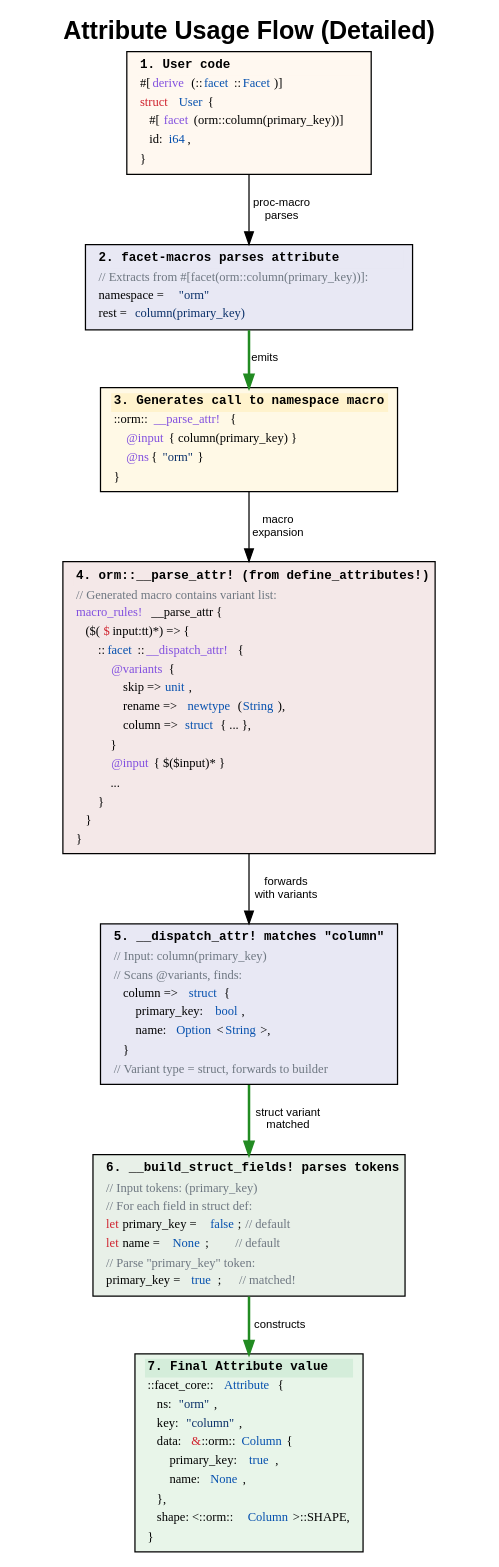
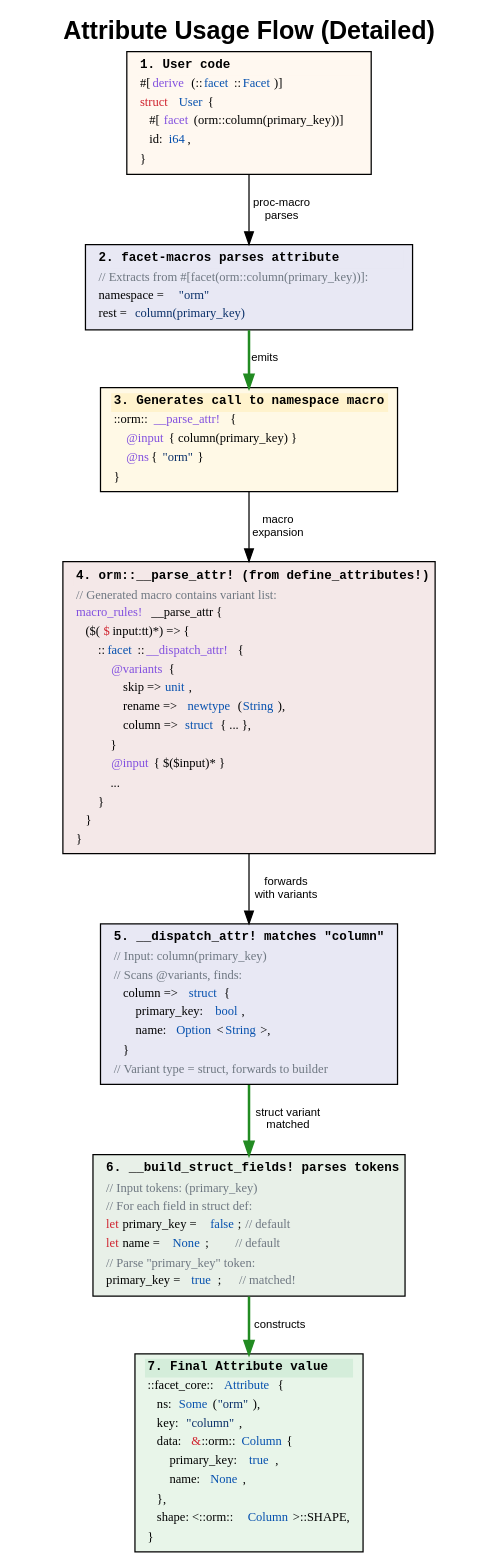
The diagram in drafts/diagrams/02-attribute-usage.dot (facet-rs/facet), drawn with Graphviz before and after one commit. The commit also changed 150 other files, not shown here.

```diff
--- a/drafts/diagrams/02-attribute-usage.dot
+++ b/drafts/diagrams/02-attribute-usage.dot
@@ -1,119 +1,119 @@
 // Attribute Usage Flow (Detailed)
 // Render: dot -Tsvg 02-attribute-usage.dot -o 02-attribute-usage.svg
 
 digraph attribute_usage {
     label="Attribute Usage Flow (Detailed)";
     labelloc="t";
     fontsize=20;
     fontname="Helvetica-Bold";
 
     node [shape=box, fontname="Monaco, Consolas, Courier", fontsize=10];
     edge [fontname="Helvetica", fontsize=9];
 
     rankdir=TB;
 
     // User code
     user_code [label=<
 <table border="0" cellspacing="0" cellpadding="2">
 <tr><td align="left" bgcolor="#fff8f0"><b>1. User code</b></td></tr>
 <tr><td align="left"><font face="Monaco">#[<font color="#8250df">derive</font>(::<font color="#0550ae">facet</font>::<font color="#0550ae">Facet</font>)]</font></td></tr>
 <tr><td align="left"><font face="Monaco"><font color="#cf222e">struct</font> <font color="#0550ae">User</font> {</font></td></tr>
 <tr><td align="left"><font face="Monaco">    #[<font color="#8250df">facet</font>(orm::column(primary_key))]</font></td></tr>
 <tr><td align="left"><font face="Monaco">    id: <font color="#0550ae">i64</font>,</font></td></tr>
 <tr><td align="left"><font face="Monaco">}</font></td></tr>
 </table>
     >, style=filled, fillcolor="#fff8f0"];
 
     // Derive macro parses and extracts
     derive_parse [label=<
 <table border="0" cellspacing="0" cellpadding="2">
 <tr><td align="left" bgcolor="#e8e8f4"><b>2. facet-macros parses attribute</b></td></tr>
 <tr><td align="left"><font face="Monaco" color="#6e7781">// Extracts from #[facet(orm::column(primary_key))]:</font></td></tr>
 <tr><td align="left"><font face="Monaco">namespace = <font color="#0a3069">"orm"</font></font></td></tr>
 <tr><td align="left"><font face="Monaco">rest = <font color="#0a3069">column(primary_key)</font></font></td></tr>
 </table>
     >, style=filled, fillcolor="#e8e8f4"];
 
     // Generated call to namespace macro
     gen_call [label=<
 <table border="0" cellspacing="0" cellpadding="2">
 <tr><td align="left" bgcolor="#fff3cd"><b>3. Generates call to namespace macro</b></td></tr>
 <tr><td align="left"><font face="Monaco">::orm::<font color="#8250df">__parse_attr!</font> {</font></td></tr>
 <tr><td align="left"><font face="Monaco">    <font color="#8250df">@input</font> { column(primary_key) }</font></td></tr>
 <tr><td align="left"><font face="Monaco">    <font color="#8250df">@ns</font> { <font color="#0a3069">"orm"</font> }</font></td></tr>
 <tr><td align="left"><font face="Monaco">}</font></td></tr>
 </table>
     >, style=filled, fillcolor="#fff9e6"];
 
     // __parse_attr! definition (in orm crate)
     parse_attr_def [label=<
 <table border="0" cellspacing="0" cellpadding="2">
 <tr><td align="left" bgcolor="#f4e8e8"><b>4. orm::__parse_attr! (from define_attributes!)</b></td></tr>
 <tr><td align="left"><font face="Monaco" color="#6e7781">// Generated macro contains variant list:</font></td></tr>
 <tr><td align="left"><font face="Monaco"><font color="#8250df">macro_rules!</font> __parse_attr {</font></td></tr>
 <tr><td align="left"><font face="Monaco">    ($(<font color="#cf222e">$</font>input:tt)*) =&gt; {</font></td></tr>
 <tr><td align="left"><font face="Monaco">        ::<font color="#0550ae">facet</font>::<font color="#8250df">__dispatch_attr!</font> {</font></td></tr>
 <tr><td align="left"><font face="Monaco">            <font color="#8250df">@variants</font> {</font></td></tr>
 <tr><td align="left"><font face="Monaco">                skip =&gt; <font color="#0550ae">unit</font>,</font></td></tr>
 <tr><td align="left"><font face="Monaco">                rename =&gt; <font color="#0550ae">newtype</font>(<font color="#0550ae">String</font>),</font></td></tr>
 <tr><td align="left"><font face="Monaco">                column =&gt; <font color="#0550ae">struct</font> { ... },</font></td></tr>
 <tr><td align="left"><font face="Monaco">            }</font></td></tr>
 <tr><td align="left"><font face="Monaco">            <font color="#8250df">@input</font> { $($input)* }</font></td></tr>
 <tr><td align="left"><font face="Monaco">            ...</font></td></tr>
 <tr><td align="left"><font face="Monaco">        }</font></td></tr>
 <tr><td align="left"><font face="Monaco">    }</font></td></tr>
 <tr><td align="left"><font face="Monaco">}</font></td></tr>
 </table>
     >, style=filled, fillcolor="#f4e8e8"];
 
     // __dispatch_attr! matches variant
     dispatch_match [label=<
 <table border="0" cellspacing="0" cellpadding="2">
 <tr><td align="left" bgcolor="#e8e8f4"><b>5. __dispatch_attr! matches "column"</b></td></tr>
 <tr><td align="left"><font face="Monaco" color="#6e7781">// Input: column(primary_key)</font></td></tr>
 <tr><td align="left"><font face="Monaco" color="#6e7781">// Scans @variants, finds:</font></td></tr>
 <tr><td align="left"><font face="Monaco">    column =&gt; <font color="#0550ae">struct</font> {</font></td></tr>
 <tr><td align="left"><font face="Monaco">        primary_key: <font color="#0550ae">bool</font>,</font></td></tr>
 <tr><td align="left"><font face="Monaco">        name: <font color="#0550ae">Option</font>&lt;<font color="#0550ae">String</font>&gt;,</font></td></tr>
 <tr><td align="left"><font face="Monaco">    }</font></td></tr>
 <tr><td align="left"><font face="Monaco" color="#6e7781">// Variant type = struct, forwards to builder</font></td></tr>
 </table>
     >, style=filled, fillcolor="#e8e8f4"];
 
     // Build struct fields
     build_struct [label=<
 <table border="0" cellspacing="0" cellpadding="2">
 <tr><td align="left" bgcolor="#e8f0e8"><b>6. __build_struct_fields! parses tokens</b></td></tr>
 <tr><td align="left"><font face="Monaco" color="#6e7781">// Input tokens: (primary_key)</font></td></tr>
 <tr><td align="left"><font face="Monaco" color="#6e7781">// For each field in struct def:</font></td></tr>
 <tr><td align="left"><font face="Monaco"><font color="#cf222e">let</font> primary_key = <font color="#0550ae">false</font>; <font color="#6e7781">// default</font></font></td></tr>
 <tr><td align="left"><font face="Monaco"><font color="#cf222e">let</font> name = <font color="#0550ae">None</font>;         <font color="#6e7781">// default</font></font></td></tr>
 <tr><td align="left"><font face="Monaco" color="#6e7781">// Parse "primary_key" token:</font></td></tr>
 <tr><td align="left"><font face="Monaco">primary_key = <font color="#0550ae">true</font>;      <font color="#6e7781">// matched!</font></font></td></tr>
 </table>
     >, style=filled, fillcolor="#e8f0e8"];
 
     // Final constructed value
     final_value [label=<
 <table border="0" cellspacing="0" cellpadding="2">
 <tr><td align="left" bgcolor="#d4edda"><b>7. Final Attribute value</b></td></tr>
 <tr><td align="left"><font face="Monaco">::facet_core::<font color="#0550ae">Attribute</font> {</font></td></tr>
-<tr><td align="left"><font face="Monaco">    ns: <font color="#0a3069">"orm"</font>,</font></td></tr>
+<tr><td align="left"><font face="Monaco">    ns: <font color="#0550ae">Some</font>(<font color="#0a3069">"orm"</font>),</font></td></tr>
 <tr><td align="left"><font face="Monaco">    key: <font color="#0a3069">"column"</font>,</font></td></tr>
 <tr><td align="left"><font face="Monaco">    data: <font color="#cf222e">&amp;</font>::orm::<font color="#0550ae">Column</font> {</font></td></tr>
 <tr><td align="left"><font face="Monaco">        primary_key: <font color="#0550ae">true</font>,</font></td></tr>
 <tr><td align="left"><font face="Monaco">        name: <font color="#0550ae">None</font>,</font></td></tr>
 <tr><td align="left"><font face="Monaco">    },</font></td></tr>
 <tr><td align="left"><font face="Monaco">    shape: &lt;::orm::<font color="#0550ae">Column</font>&gt;::SHAPE,</font></td></tr>
 <tr><td align="left"><font face="Monaco">}</font></td></tr>
 </table>
     >, style=filled, fillcolor="#e8f5e9"];
 
     // Edges with descriptions
     user_code -> derive_parse [label="proc-macro\nparses", color="#666"];
     derive_parse -> gen_call [label="emits", color="#228b22", penwidth=2];
     gen_call -> parse_attr_def [label="macro\nexpansion", color="#666"];
     parse_attr_def -> dispatch_match [label="forwards\nwith variants", color="#666"];
     dispatch_match -> build_struct [label="struct variant\nmatched", color="#228b22", penwidth=2];
     build_struct -> final_value [label="constructs", color="#228b22", penwidth=2];
 }
```
